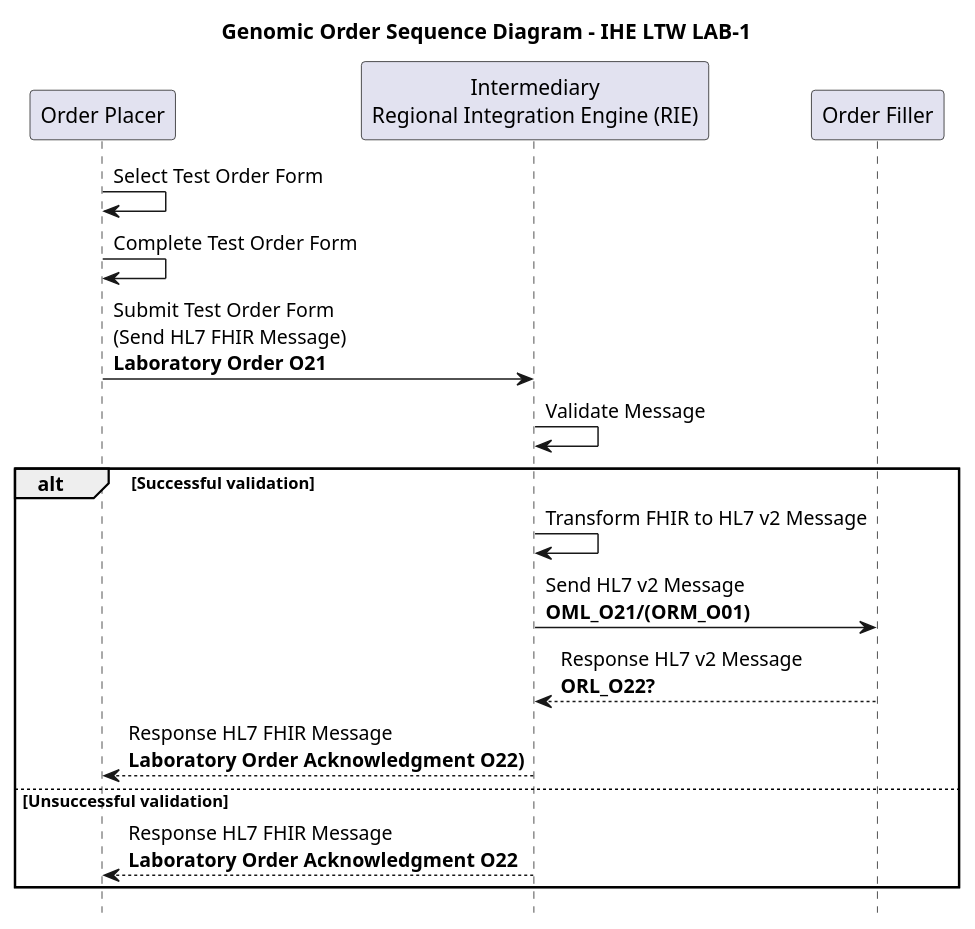
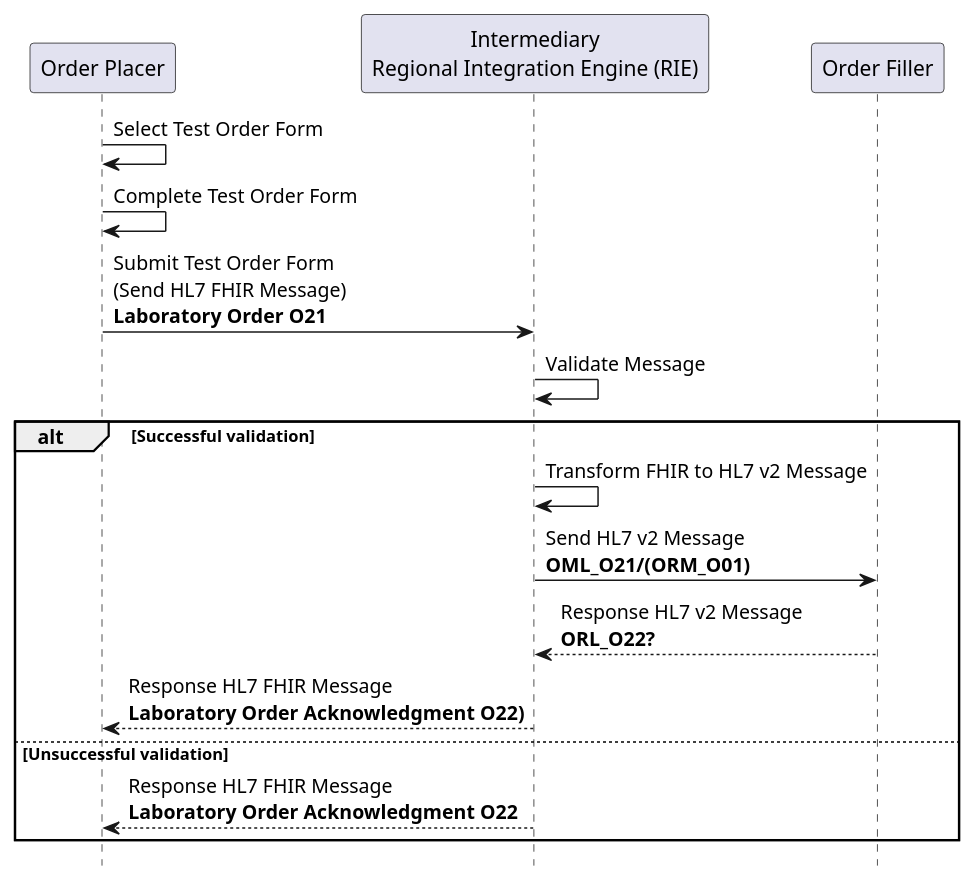
One commit to nw-gmsa/nw-gmsa.github.com changed the diagram in input/images-source/LAB1-sequence.plantuml. Above: the diagram before and after it, drawn with PlantUML. The commit also changed 5 other files, not shown here.

```diff
--- a/input/images-source/LAB1-sequence.plantuml
+++ b/input/images-source/LAB1-sequence.plantuml
@@ -1,25 +1,23 @@
 @startuml
-
-title "Genomic Order Sequence Diagram - IHE LTW LAB-1"
 
 hide footbox
 
 participant "Order Placer" as EPR
 participant "Intermediary\nRegional Integration Engine (RIE)" as TIE
 participant "Order Filler" as LIMS
 
 EPR -> EPR: Select Test Order Form
 EPR -> EPR: Complete Test Order Form
 EPR -> TIE: Submit Test Order Form\n(Send HL7 FHIR Message)\n**Laboratory Order O21**
 TIE -> TIE: Validate Message
 
 alt Successful validation
 TIE -> TIE : Transform FHIR to HL7 v2 Message
 TIE -> LIMS: Send HL7 v2 Message\n**OML_O21/(ORM_O01)**
 LIMS --> TIE: Response HL7 v2 Message\n**ORL_O22?**
 TIE --> EPR: Response HL7 FHIR Message\n**Laboratory Order Acknowledgment O22)**
 else Unsuccessful validation
 TIE --> EPR: Response HL7 FHIR Message\n**Laboratory Order Acknowledgment O22**
 end
 
 @enduml
```
